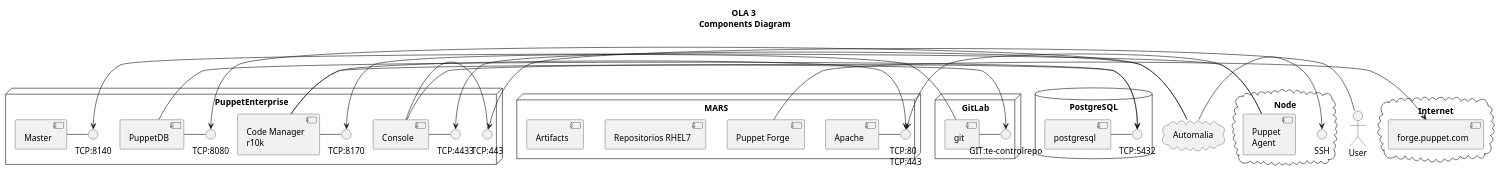
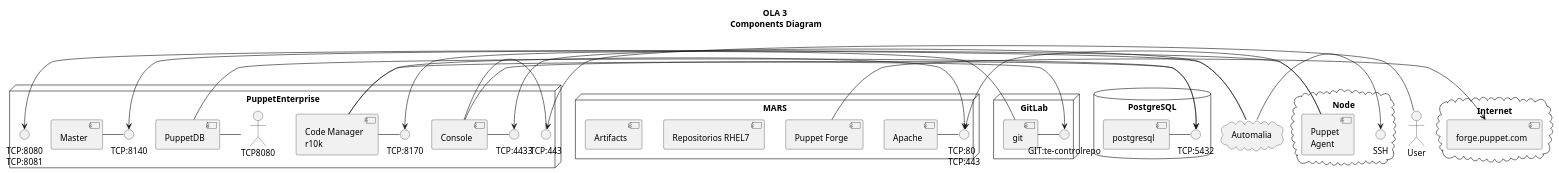
One commit to CIVIR-ES/PE-vagrant changed the diagram in doc/diagram.puml. Above: the diagram before and after it, drawn with PlantUML.

Commit message:
Change puppetdb port

```diff
--- a/doc/diagram.puml
+++ b/doc/diagram.puml
@@ -1,62 +1,62 @@
 @startuml
 title OLA 3\n Components Diagram
 Actor User
 
 node "PuppetEnterprise" {
   [Code Manager\nr10k] as r10k
   [Master]
   [PuppetDB]
   [Console]
   interface "TCP:8170" as TCP8170
   interface "TCP:443" as TCP443
-  interface "TCP:8080" as TCP8080
+  interface "TCP:8080\nTCP:8081" as TCP8081
   interface "TCP:8140" as TCP8140
   interface "TCP:4433" as TCP4433
   [Console] - TCP443
   [Console] - TCP4433
   r10k - TCP8170
   [PuppetDB] - TCP8080
   [Master] - TCP8140
 }
 
 node MARS {
   [Apache]
   [Puppet Forge]
   [Repositorios RHEL7]
   [Artifacts]
   interface "TCP:80\nTCP:443" as TCPMARS
   [Apache] - TCPMARS
 }
 
 node "GitLab" {
   [git]
   interface "GIT:te-controlrepo" as controlrepo
   [git] - controlrepo
 }
 cloud "Internet" {
   [forge.puppet.com]
 }
 database "PostgreSQL" {
   [postgresql]
   interface "TCP:5432" as TCP5432
   [postgresql] - TCP5432
 }
 cloud "Automalia" {
 }
 cloud "Node" {
   [Puppet\nAgent]
   interface SSH
 }
 Automalia -> SSH
-Automalia -> TCP8080
+Automalia -> TCP8081
 Automalia -> TCP4433
 User -> TCP443
 r10k -> controlrepo
 r10k -> TCPMARS
 [Puppet Forge] -> [forge.puppet.com]
 [Puppet\nAgent] -> TCPMARS
 [Puppet\nAgent] -> TCP8140
 [PuppetDB] -> TCP5432
 [Console] -> TCP5432
 [git] -> TCP8170
 @enduml
```
